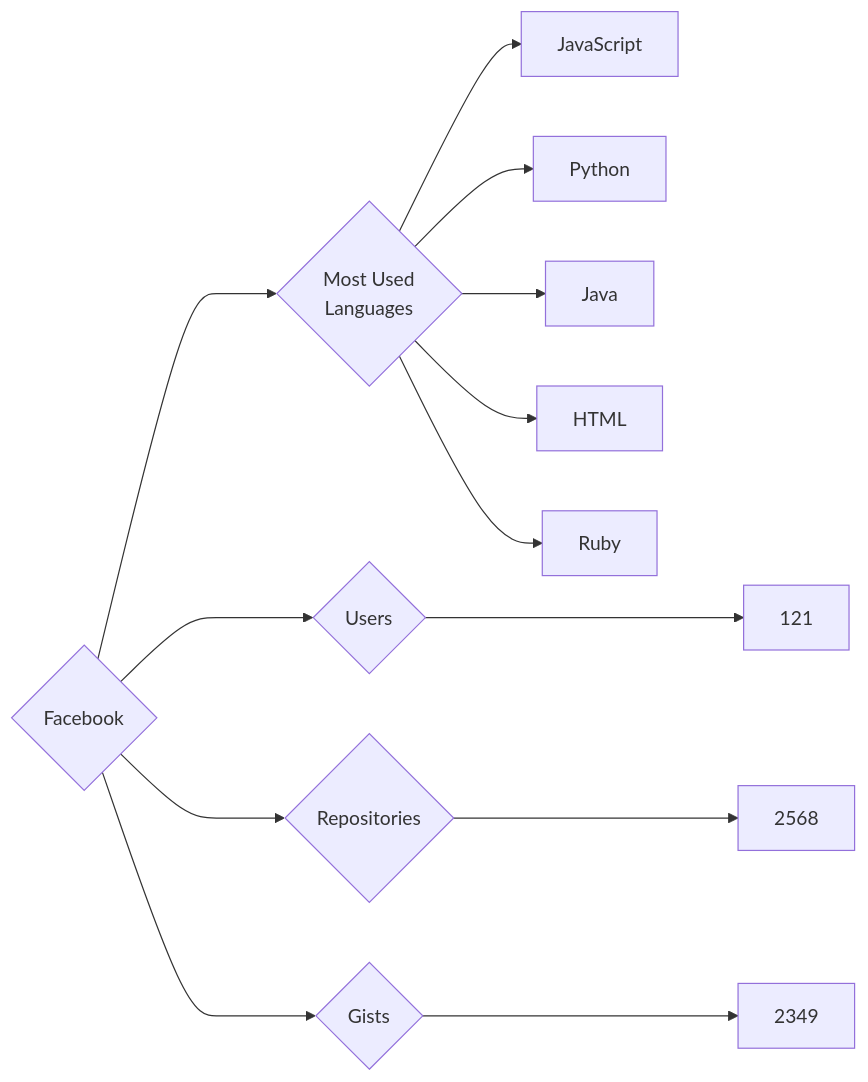
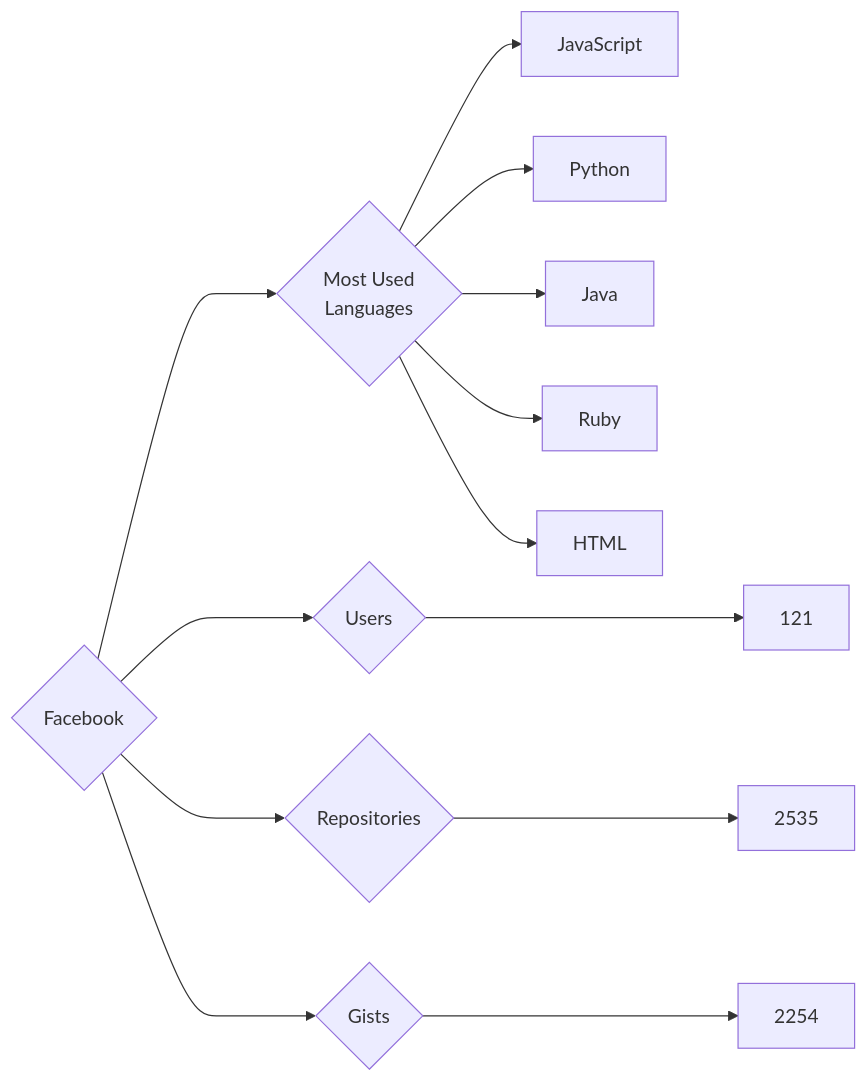
The diagram in targets/Facebook/README.md (trickest/insiders), drawn with Mermaid before and after one commit. The commit also changed 951 other files, not shown here.

````diff
--- a/targets/Facebook/README.md
+++ b/targets/Facebook/README.md
@@ -3,13 +3,13 @@
 ```mermaid
 graph LR
 COMPANY_NAME{Facebook}
 COMPANY_NAME ---> U{Users} ---> UN[121]
-COMPANY_NAME ---> R{Repositories} ---> RN[2568]
-COMPANY_NAME ---> G{Gists} ---> GN[2349]
+COMPANY_NAME ---> R{Repositories} ---> RN[2535]
+COMPANY_NAME ---> G{Gists} ---> GN[2254]
 COMPANY_NAME ---> ML{Most Used<br>Languages}
 ML --> JavaScript[JavaScript]
 ML --> Python[Python]
 ML --> Java[Java]
+ML --> Ruby[Ruby]
 ML --> HTML[HTML]
-ML --> Ruby[Ruby]
 ```
````
